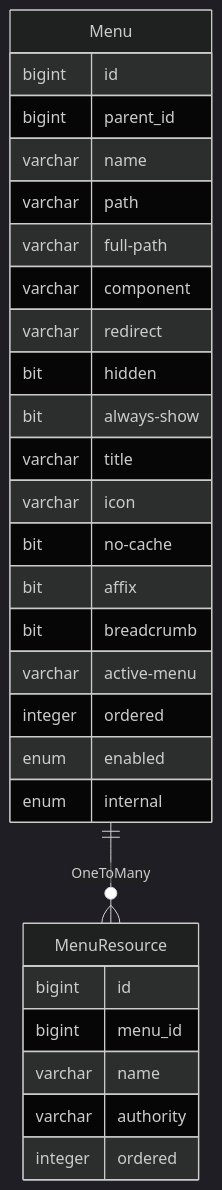
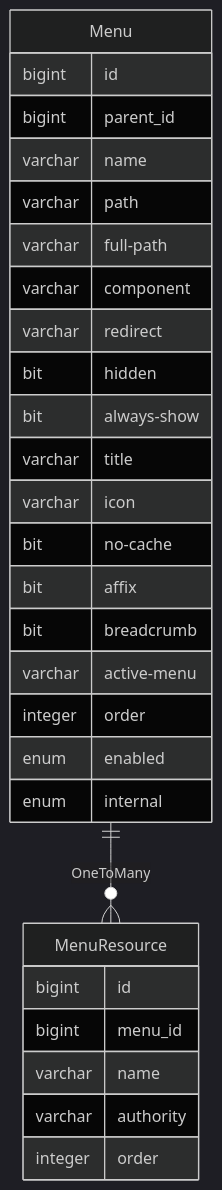
Before and after one commit to mrzhqiang/rowing: the diagram in docs/1.develop/1.7.menu.md, drawn with Mermaid (dark theme). The commit also changed other lines of this file and 223 other files, not shown here.

````diff
--- a/docs/1.develop/1.7.menu.md
+++ b/docs/1.develop/1.7.menu.md
@@ -26,31 +26,31 @@
 ```mermaid
 erDiagram
     Menu ||--o{ MenuResource : OneToMany
     Menu {
         bigint     id
         bigint     parent_id
         varchar    name
         varchar    path
         varchar    full-path
         varchar    component
         varchar    redirect
         bit        hidden
         bit        always-show
         varchar    title
         varchar    icon
         bit        no-cache
         bit        affix
         bit        breadcrumb
         varchar    active-menu
-        integer    ordered
+        integer    order
         enum       enabled
         enum       internal
     }
     MenuResource {
         bigint      id
         bigint      menu_id
         varchar     name
         varchar     authority
-        integer     ordered
+        integer     order
     }
 ```
````
